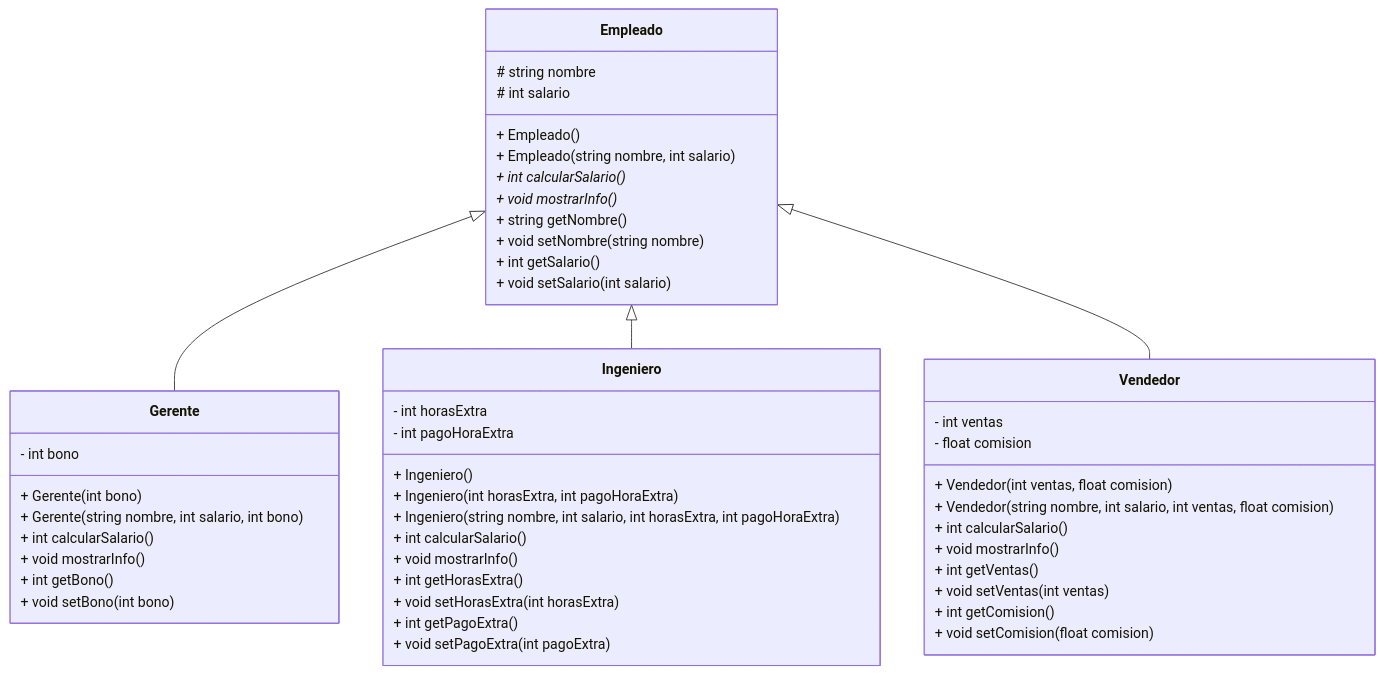
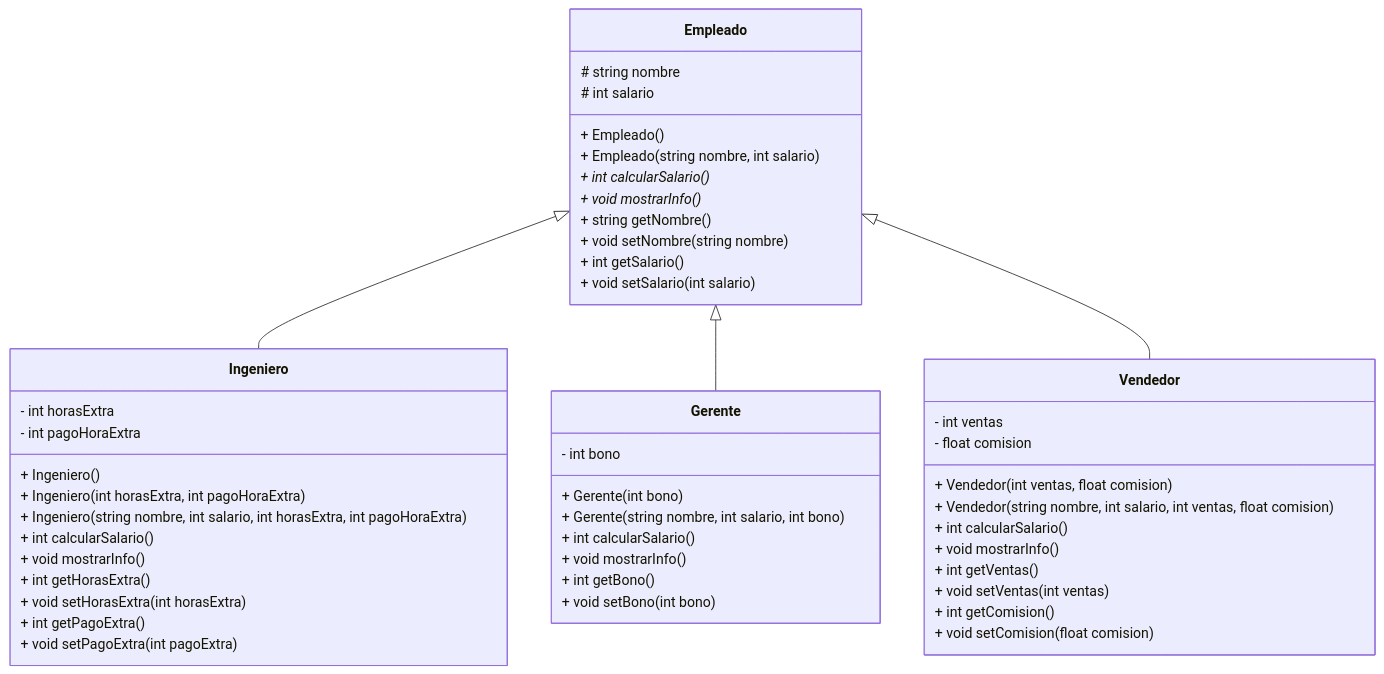
Before and after one commit to yoanpinzon/POO: the diagram in clase23ago.md, drawn with Mermaid. The commit also changed other lines of this file, not shown here.

````diff
--- a/clase23ago.md
+++ b/clase23ago.md
@@ -5,56 +5,56 @@
 ```mermaid
 classDiagram
     class Empleado {
         # string nombre
         # int salario
         + Empleado()
         + Empleado(string nombre, int salario)
         + int calcularSalario()*
         + void mostrarInfo()*
         + string getNombre()
         + void setNombre(string nombre)
         + int getSalario()
         + void setSalario(int salario)
     }
 
     class Gerente {
         - int bono
         + Gerente(int bono)
         + Gerente(string nombre, int salario, int bono)
         + int calcularSalario()
         + void mostrarInfo()
         + int getBono()
         + void setBono(int bono)
     }
 
     class Ingeniero {
         - int horasExtra
         - int pagoHoraExtra
         + Ingeniero()
         + Ingeniero(int horasExtra, int pagoHoraExtra)
         + Ingeniero(string nombre, int salario, int horasExtra, int pagoHoraExtra)
         + int calcularSalario()
         + void mostrarInfo()
         + int getHorasExtra()
         + void setHorasExtra(int horasExtra)
         + int getPagoExtra()
         + void setPagoExtra(int pagoExtra)
     }
 
     class Vendedor {
         - int ventas
         - float comision
         + Vendedor(int ventas, float comision)
         + Vendedor(string nombre, int salario, int ventas, float comision)
         + int calcularSalario()
         + void mostrarInfo()
         + int getVentas()
         + void setVentas(int ventas)
         + int getComision()
         + void setComision(float comision)
     }
 
+    Empleado <|-- Ingeniero
     Empleado <|-- Gerente
-    Empleado <|-- Ingeniero
     Empleado <|-- Vendedor
 ```
````
